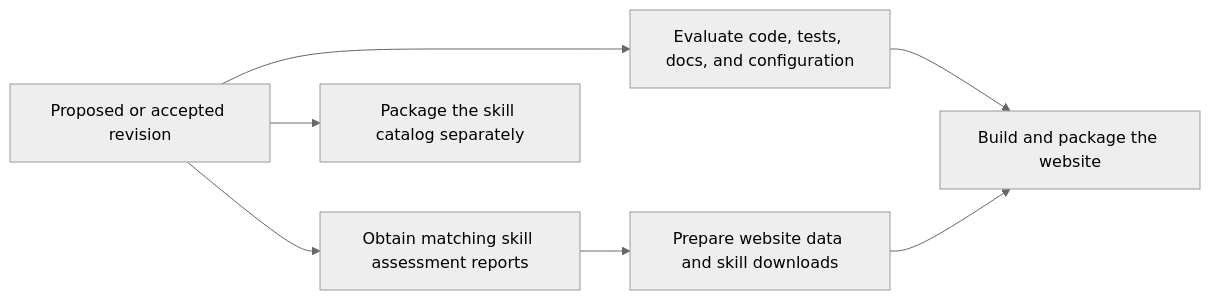
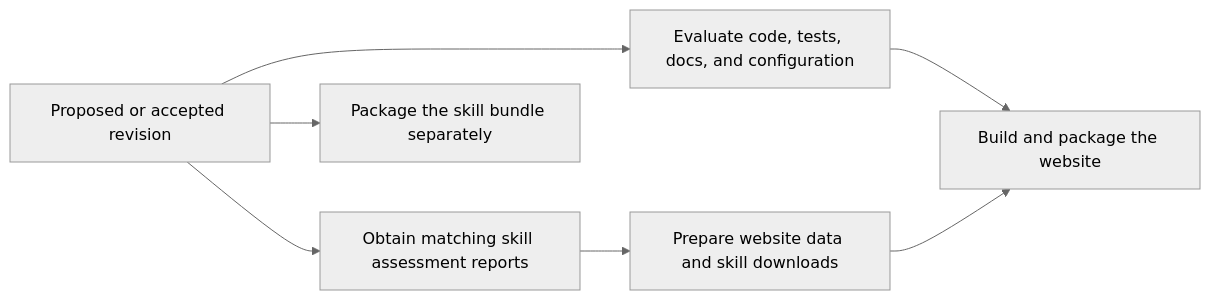
One commit to Code-dot-mil/SkLC changed the diagram in CI.md. Above: the diagram before and after it, drawn with Mermaid (neutral theme). The commit also changed other lines of this file and 40 other files, not shown here.

First line of the commit message:
refactor: rename skill catalog to skill bundle

````diff
--- a/CI.md
+++ b/CI.md
@@ -34,9 +34,9 @@
 ```mermaid
 flowchart LR
     revision["Proposed or accepted revision"] --> checks["Evaluate code, tests, docs, and configuration"]
     revision --> evidence["Obtain matching skill assessment reports"]
     evidence --> generate["Prepare website data and skill downloads"]
     checks --> build["Build and package the website"]
     generate --> build
-    revision --> catalog["Package the skill catalog separately"]
+    revision --> bundle["Package the skill bundle separately"]
 ```
````
